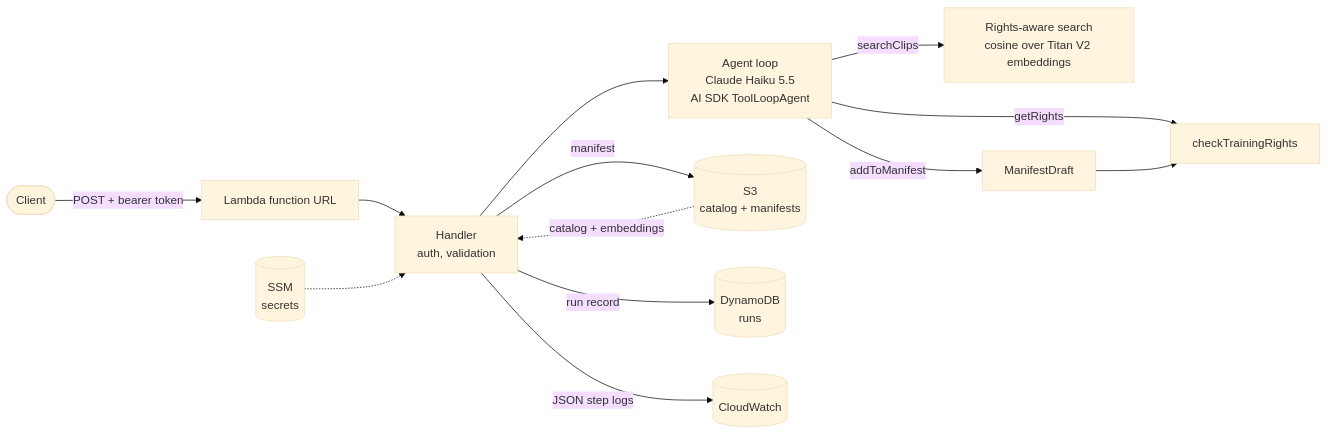
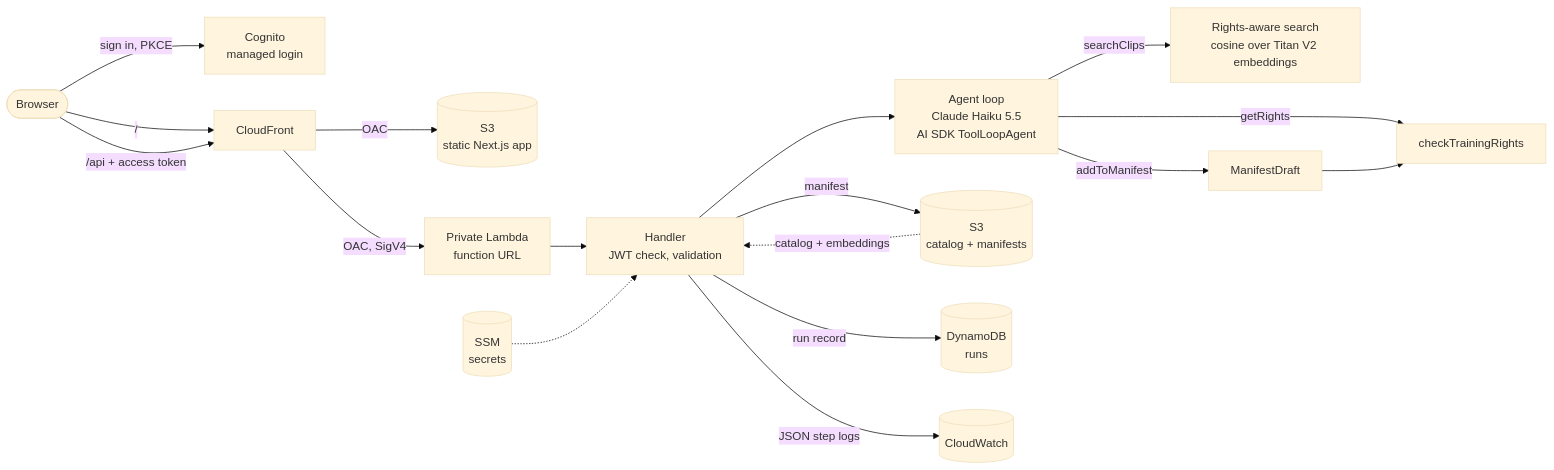
The diagram in README.md (fabio-carucci/clearframe-agent), drawn with Mermaid (base theme) before and after one commit. The commit also changed other lines of this file, not shown here.

Commit message:
docs: describe the web app, the private API behind CloudFront and Cognito sign-in

````diff
--- a/README.md
+++ b/README.md
@@ -52,15 +51,19 @@
 ```mermaid
 flowchart LR
-    client([Client]) -->|POST + bearer token| url[Lambda function URL]
-    url --> handler[Handler<br/>auth, validation]
+    user([Browser]) -->|sign in, PKCE| cognito[Cognito<br/>managed login]
+    user -->|/| cdn[CloudFront]
+    user -->|/api + access token| cdn
+    cdn -->|OAC| site[(S3<br/>static Next.js app)]
+    cdn -->|OAC, SigV4| url[Private Lambda<br/>function URL]
+    url --> handler[Handler<br/>JWT check, validation]
     handler --> loop[Agent loop<br/>Claude Haiku 5.5<br/>AI SDK ToolLoopAgent]
     loop -->|searchClips| search[Rights-aware search<br/>cosine over Titan V2 embeddings]
     loop -->|getRights| rights[checkTrainingRights]
     loop -->|addToManifest| draft[ManifestDraft]
     draft --> rights
     handler -->|manifest| s3[(S3<br/>catalog + manifests)]
     handler -->|run record| ddb[(DynamoDB<br/>runs)]
     handler -->|JSON step logs| cw[(CloudWatch)]
     ssm[(SSM<br/>secrets)] -.-> handler
     s3 -.->|catalog + embeddings| handler
 ```
````
